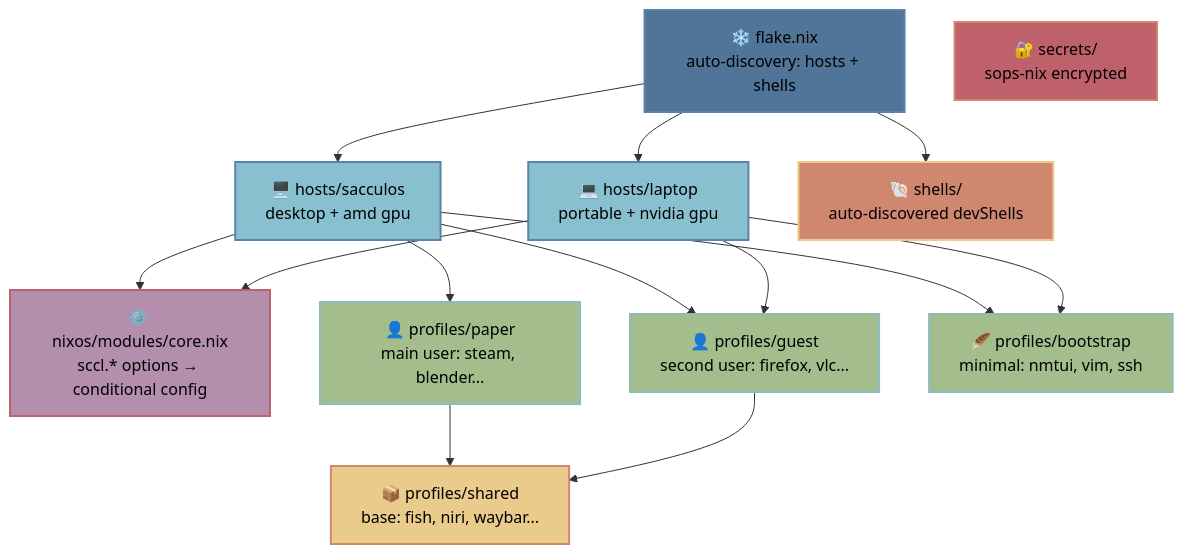
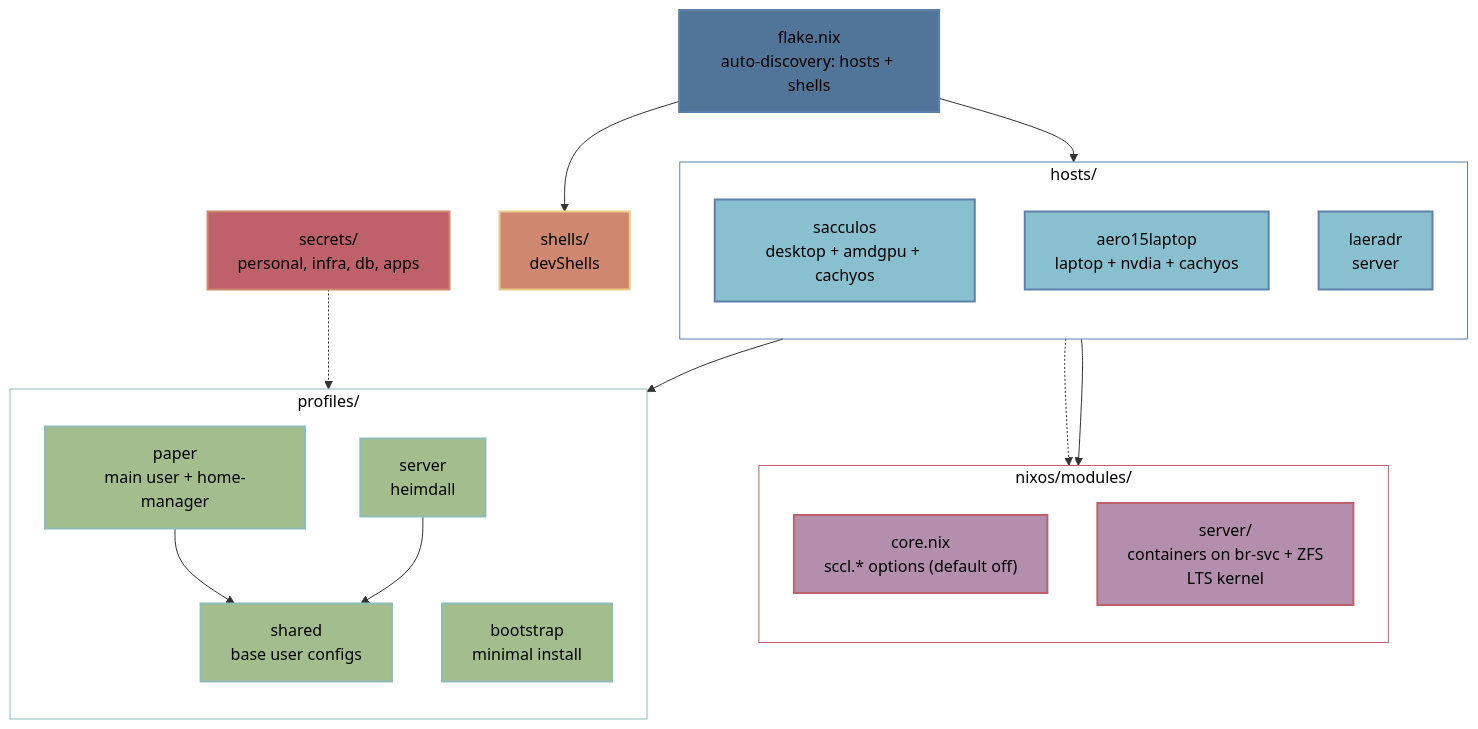
One commit to scclie/sccl_nix changed the diagram in README.md. Above: the diagram before and after it, drawn with Mermaid. The commit also changed other lines of this file and 21 other files, not shown here.

````diff
--- a/README.md
+++ b/README.md
@@ -53,51 +27,64 @@
 ```mermaid
 flowchart TD
-    F[❄️ flake.nix<br/>auto-discovery: hosts + shells]
+    F["flake.nix<br/>auto-discovery: hosts + shells"]
+    SH["shells/<br/>devShells"]
 
-    NM[⚙️ nixos/modules/core.nix<br/>sccl.* options → conditional config]
+    subgraph HOSTS["hosts/"]
+        direction TB
+        H1["sacculos<br/>desktop + amdgpu + cachyos"]
+        H2["aero15laptop<br/>laptop + nvdia + cachyos"]
+        H3["laeradr<br/>server"]
+    end
 
-    H1[🖥️  hosts/sacculos<br/>desktop + amd gpu]
-    H2[💻 hosts/laptop<br/>portable + nvidia gpu]
+    subgraph MODS["nixos/modules/"]
+        direction TB
+        NM["core.nix<br/>sccl.* options (default off)"]
+        SV["server/<br/>containers on br-svc + ZFS<br/>LTS kernel"]
+    end
 
-    P1[👤 profiles/paper<br/>main user: steam, blender...]
-    P2[👤 profiles/guest<br/>second user: firefox, vlc...]
-    PS[📦 profiles/shared<br/>base: fish, niri, waybar...]
+    subgraph PROFS["profiles/"]
+        direction TB
+        P1["paper<br/>main user + home-manager"]
+        PU["server<br/>heimdall"]
+        PB["bootstrap<br/>minimal install"]
+        PS["shared<br/>base user configs"]
+    end
 
-    PB[🪶 profiles/bootstrap<br/>minimal: nmtui, vim, ssh]
+    SEC["secrets/<br/>personal, infra, db, apps"]
 
-    S[🔐 secrets/<br/>sops-nix encrypted]
-    SH[🐚 shells/<br/>auto-discovered devShells]
-
-    F --> H1
-    F --> H2
+    F --> HOSTS
     F --> SH
 
-    H1 --> NM
-    H2 --> NM
+    HOSTS --> MODS
+    HOSTS --> PROFS
 
-    H1 --> P1
-    H1 --> P2
-    H2 --> P2
+    H3 -.-> SV
+    P1 --> PS
+    PU --> PS
 
-    H1 --> PB
-    H2 --> PB
-
-    P1 --> PS
-    P2 --> PS
+    SEC -.-> PROFS
 
     classDef flakeStyle fill:#517599,stroke:#5e81ac,stroke-width:2px,color:#000
+    classDef moduleStyle fill:#b48ead,stroke:#bf616a,stroke-width:2px,color:#000
     classDef hostStyle fill:#88c0d0,stroke:#5e81ac,stroke-width:2px,color:#000
     classDef profileStyle fill:#a3be8c,stroke:#8fbcbb,stroke-width:2px,color:#000
-    classDef sharedStyle fill:#ebcb8b,stroke:#d08770,stroke-width:2px,color:#000
-    classDef moduleStyle fill:#b48ead,stroke:#bf616a,stroke-width:2px,color:#000
     classDef secretStyle fill:#bf616a,stroke:#d08770,stroke-width:2px,color:#000
     classDef shellStyle fill:#d08770,stroke:#ebcb8b,stroke-width:2px,color:#000
 
     class F flakeStyle
-    class H1,H2 hostStyle
-    class P1,P2,PB profileStyle
-    class PS sharedStyle
     class NM moduleStyle
-    class S secretStyle
+    class SV moduleStyle
+    class H1 hostStyle
+    class H2 hostStyle
+    class H3 hostStyle
+    class P1 profileStyle
+    class PU profileStyle
+    class PB profileStyle
+    class PS profileStyle
+    class SEC secretStyle
     class SH shellStyle
+
+    style HOSTS fill:none,stroke:#5e81ac,color:#000
+    style MODS fill:none,stroke:#bf616a,color:#000
+    style PROFS fill:none,stroke:#8fbcbb,color:#000
 ```
````
